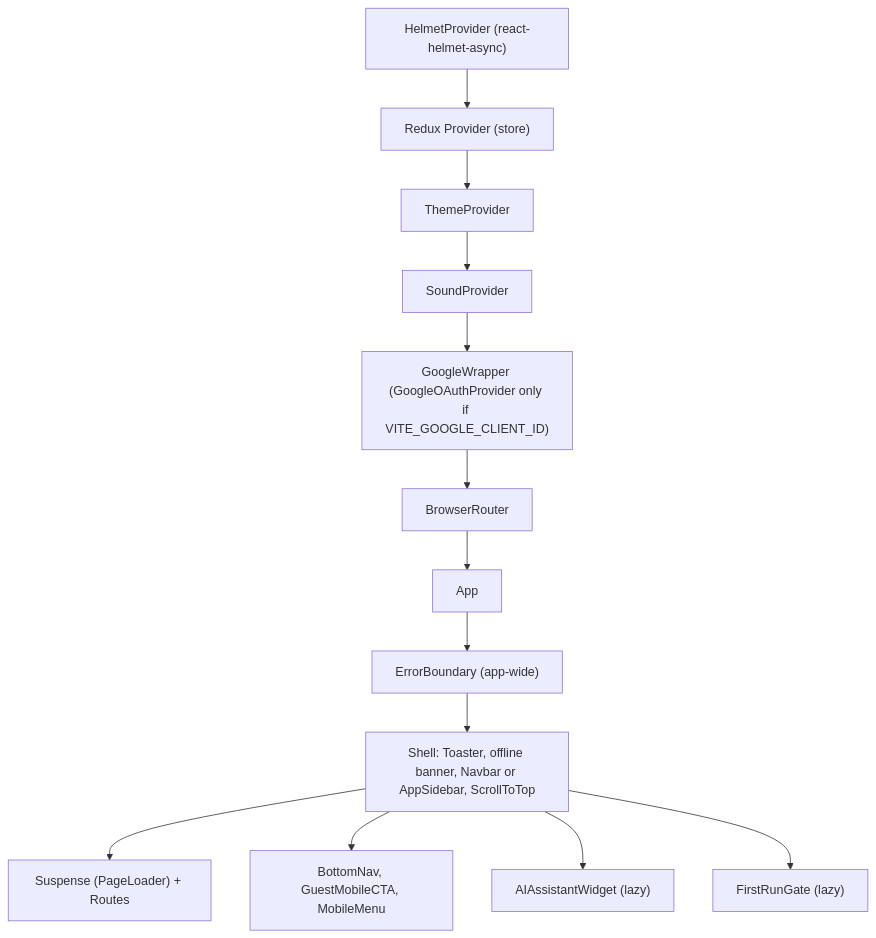
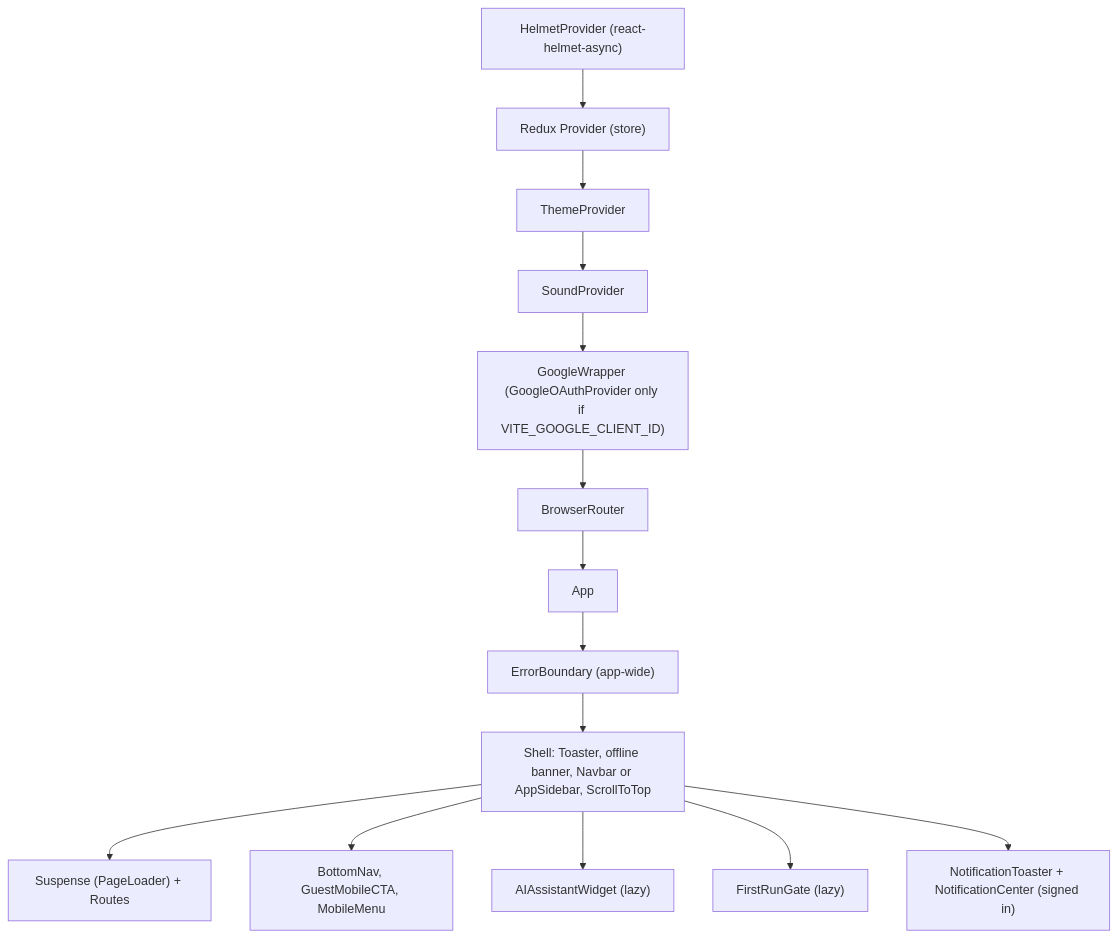
Before and after one commit to AskAide-AI/docs: the first of 14 diagrams in docs/frontend/lld.md, drawn with Mermaid. The commit also changed other lines of this file and 46 other files, not shown here.

````diff
--- a/docs/frontend/lld.md
+++ b/docs/frontend/lld.md
@@ -160,15 +165,16 @@
 ```mermaid
 flowchart TD
   H["HelmetProvider (react-helmet-async)"] --> P["Redux Provider (store)"]
   P --> T["ThemeProvider"]
   T --> S["SoundProvider"]
   S --> G["GoogleWrapper (GoogleOAuthProvider only if VITE_GOOGLE_CLIENT_ID)"]
   G --> R["BrowserRouter"]
   R --> A["App"]
   A --> EB["ErrorBoundary (app-wide)"]
   EB --> SH["Shell: Toaster, offline banner, Navbar or AppSidebar, ScrollToTop"]
   SH --> SU["Suspense (PageLoader) + Routes"]
   SH --> MOB["BottomNav, GuestMobileCTA, MobileMenu"]
   SH --> W["AIAssistantWidget (lazy)"]
   SH --> FR["FirstRunGate (lazy)"]
+  SH --> NT["NotificationToaster + NotificationCenter (signed in)"]
 ```
````
